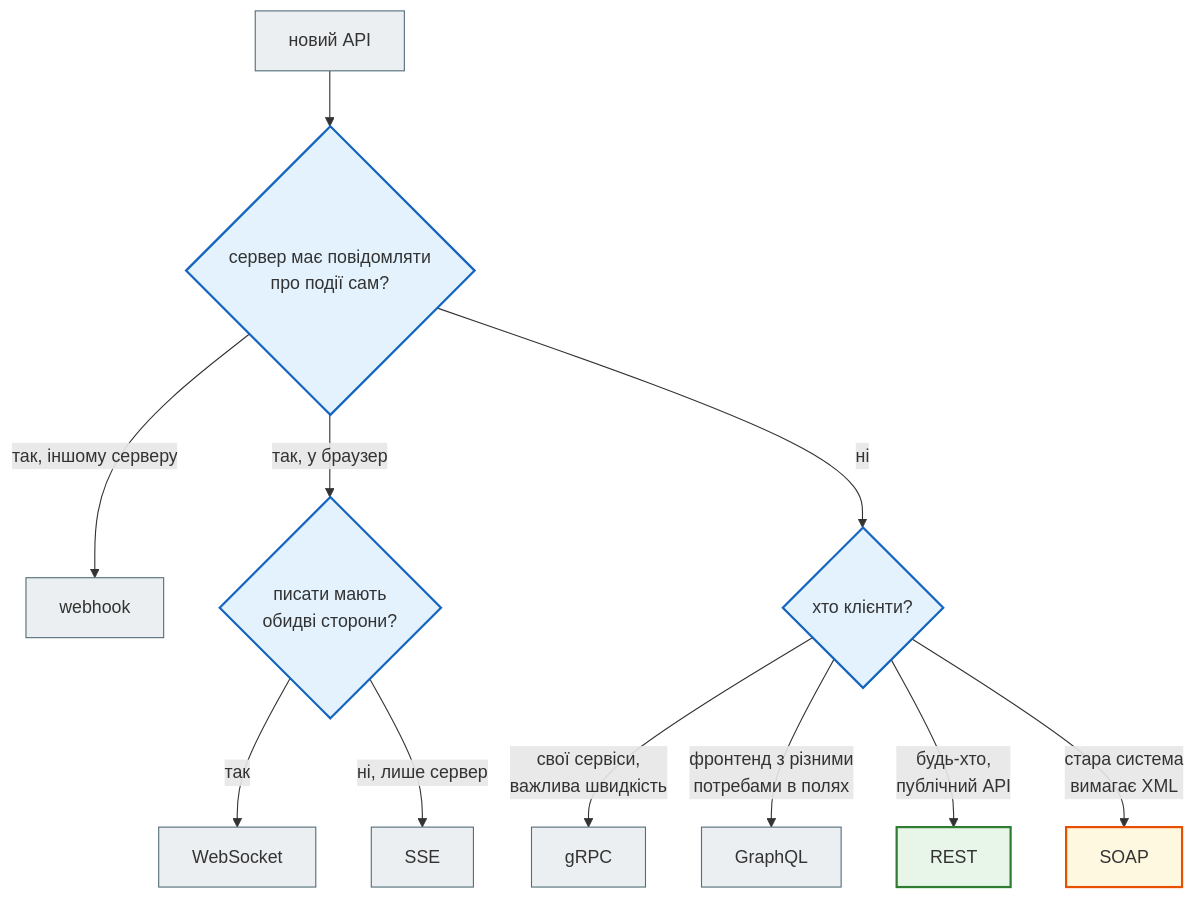
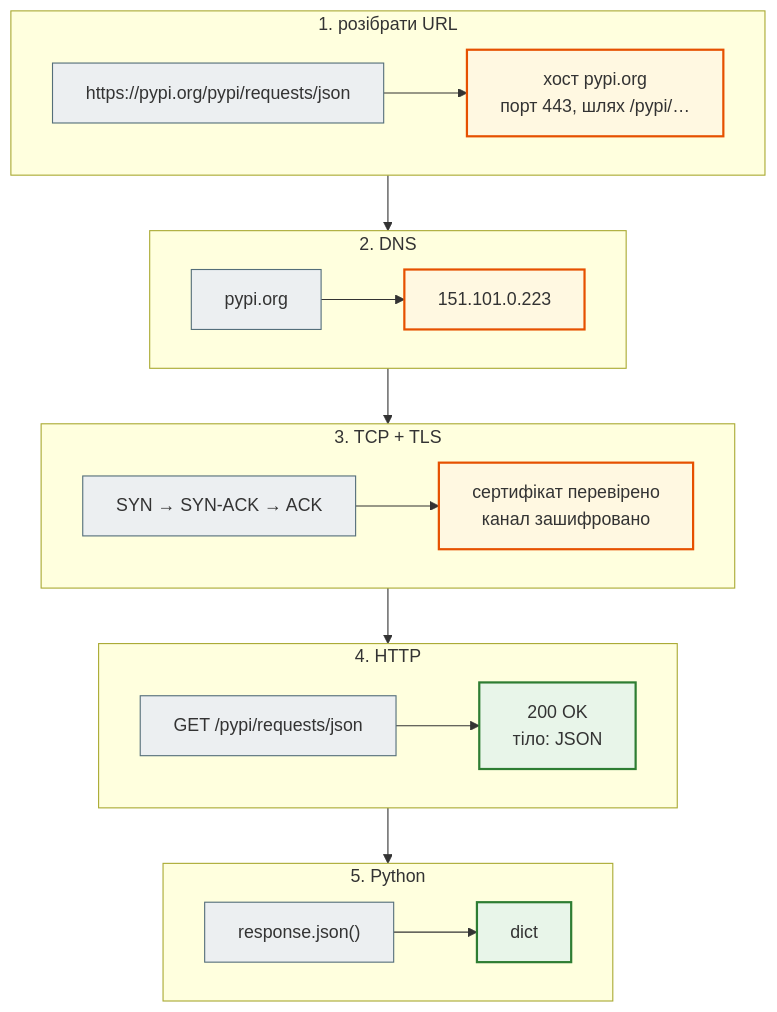
One commit to AlinaRadchenko/PY-Course-Victor-Nikoriak-22-09-2026 changed the second of 8 diagrams in docs/modules/m4/lesson_32.md. Above: the diagram before and after it, drawn with Mermaid. The commit also changed other lines of this file and 1846 other files, not shown here.

````diff
--- a/docs/modules/m4/lesson_32.md
+++ b/docs/modules/m4/lesson_32.md
@@ -369,25 +180,34 @@
 ```mermaid
 flowchart TD
     classDef step     fill:#eceff1,stroke:#546e7a,stroke-width:1px;
     classDef decision fill:#e3f2fd,stroke:#1565c0,stroke-width:2px;
     classDef success  fill:#e8f5e9,stroke:#2e7d32,stroke-width:2px;
     classDef error    fill:#ffebee,stroke:#c62828,stroke-width:3px;
     classDef warning  fill:#fff8e1,stroke:#e65100,stroke-width:2px;
 
-    Q["новий API"] --> P{"сервер має повідомляти<br>про події сам?"}
-    P -- "так, іншому серверу" --> WH["webhook"]
-    P -- "так, у браузер" --> BI{"писати мають<br>обидві сторони?"}
-    BI -- так --> WS["WebSocket"]
-    BI -- "ні, лише сервер" --> SSE["SSE"]
-    P -- ні --> WHO{"хто клієнти?"}
-    WHO -- "свої сервіси,<br>важлива швидкість" --> G["gRPC"]
-    WHO -- "фронтенд з різними<br>потребами в полях" --> GQ["GraphQL"]
-    WHO -- "будь-хто,<br>публічний API" --> R["REST"]
-    WHO -- "стара система<br>вимагає XML" --> SO["SOAP"]
+    subgraph K1["1. розібрати URL"]
+        direction LR
+        U["https://pypi.org/pypi/requests/json"] --> U2["хост pypi.org<br>порт 443, шлях /pypi/…"]
+    end
+    subgraph K2["2. DNS"]
+        direction LR
+        D["pypi.org"] --> D2["151.101.0.223"]
+    end
+    subgraph K3["3. TCP + TLS"]
+        direction LR
+        T["SYN → SYN-ACK → ACK"] --> T2["сертифікат перевірено<br>канал зашифровано"]
+    end
+    subgraph K4["4. HTTP"]
+        direction LR
+        H["GET /pypi/requests/json"] --> H2["200 OK<br>тіло: JSON"]
+    end
+    subgraph K5["5. Python"]
+        direction LR
+        J["response.json()"] --> J2["dict"]
+    end
+    K1 --> K2 --> K3 --> K4 --> K5
 
-    class Q step
-    class P,BI,WHO decision
-    class R success
-    class WH,WS,SSE,G,GQ step
-    class SO warning
+    class U,D,T,H,J step
+    class U2,D2,T2 warning
+    class H2,J2 success
 ```
````
